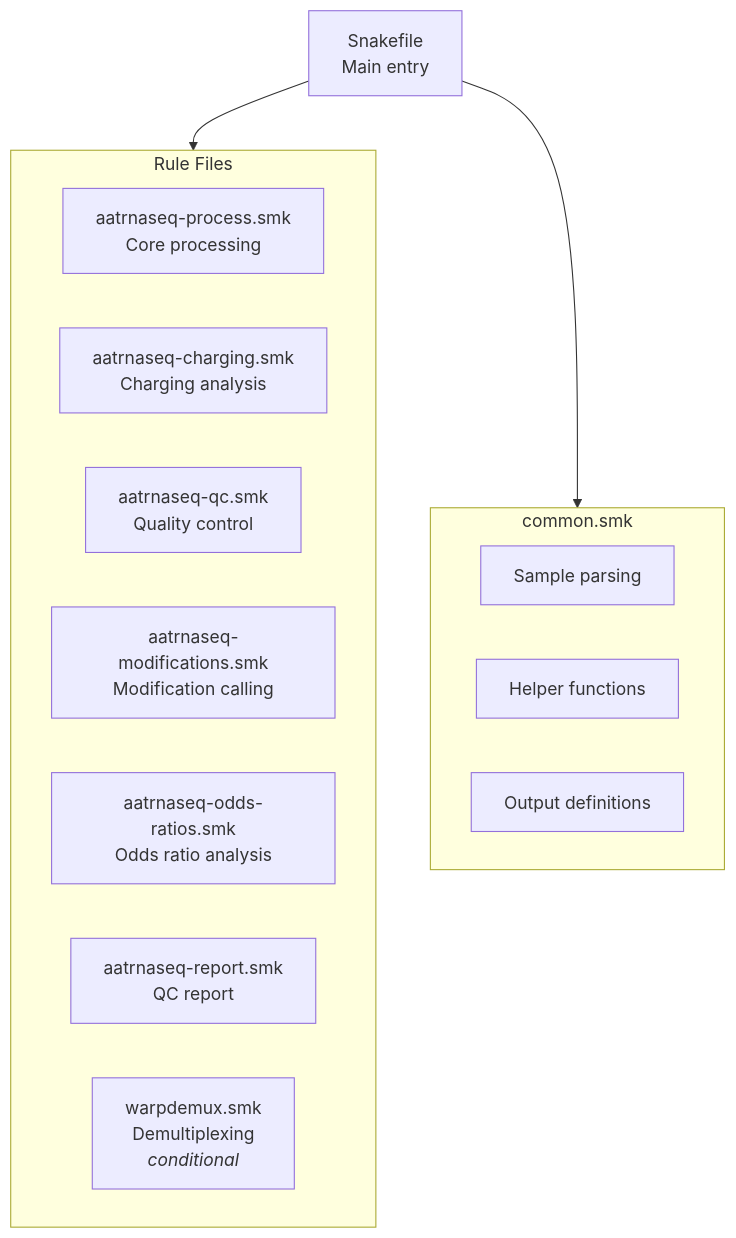
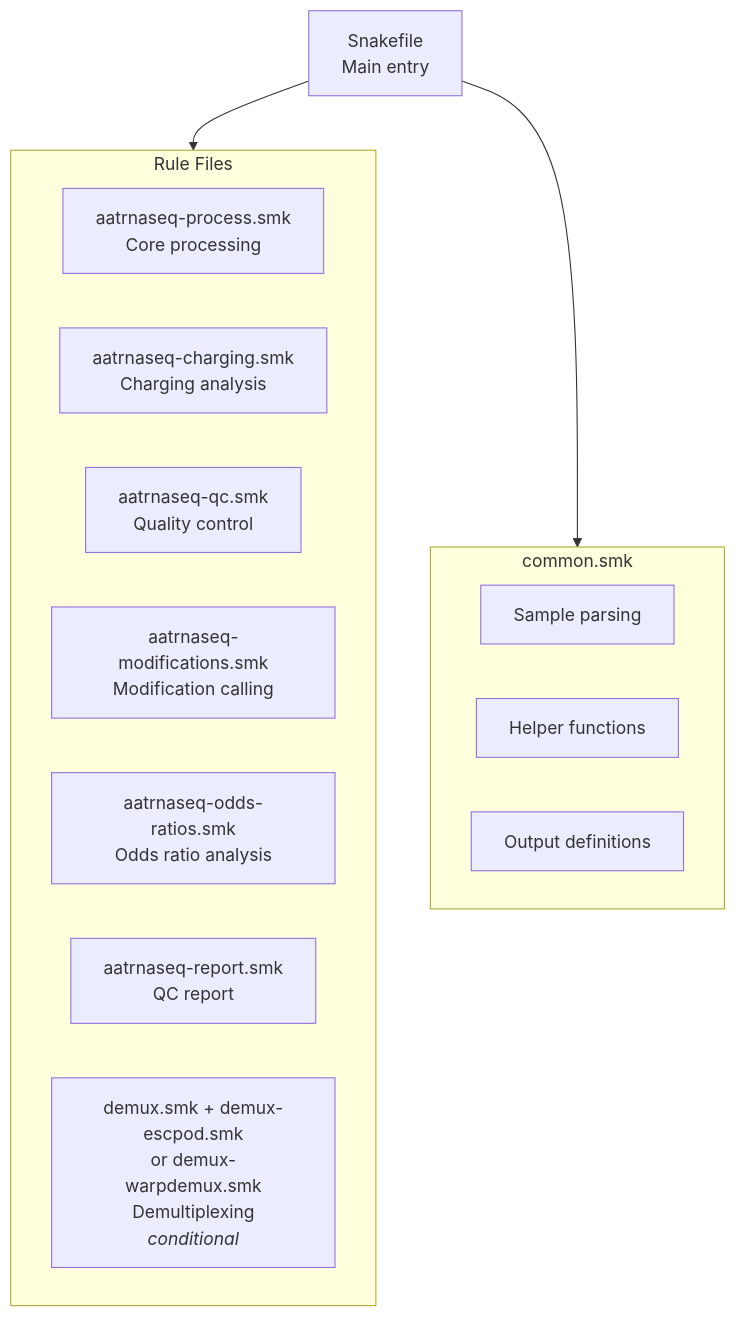
Before and after one commit to rnabioco/aa-tRNA-seq-pipeline: the first of 3 diagrams in docs/workflow/overview.md, drawn with Mermaid. The commit also changed other lines of this file and 24 other files, not shown here.

````diff
--- a/docs/workflow/overview.md
+++ b/docs/workflow/overview.md
@@ -9,21 +9,21 @@
 ```mermaid
 flowchart TB
     subgraph rules[Rule Files]
         A[aatrnaseq-process.smk<br/>Core processing]
         B[aatrnaseq-charging.smk<br/>Charging analysis]
         C[aatrnaseq-qc.smk<br/>Quality control]
         D[aatrnaseq-modifications.smk<br/>Modification calling]
         OR[aatrnaseq-odds-ratios.smk<br/>Odds ratio analysis]
         R[aatrnaseq-report.smk<br/>QC report]
-        E[warpdemux.smk<br/>Demultiplexing<br/><i>conditional</i>]
+        E[demux.smk + demux-escpod.smk<br/>or demux-warpdemux.smk<br/>Demultiplexing<br/><i>conditional</i>]
     end
 
     subgraph common[common.smk]
         F[Sample parsing]
         G[Helper functions]
         H[Output definitions]
     end
 
     I[Snakefile<br/>Main entry] --> rules
     I --> common
 ```
````
